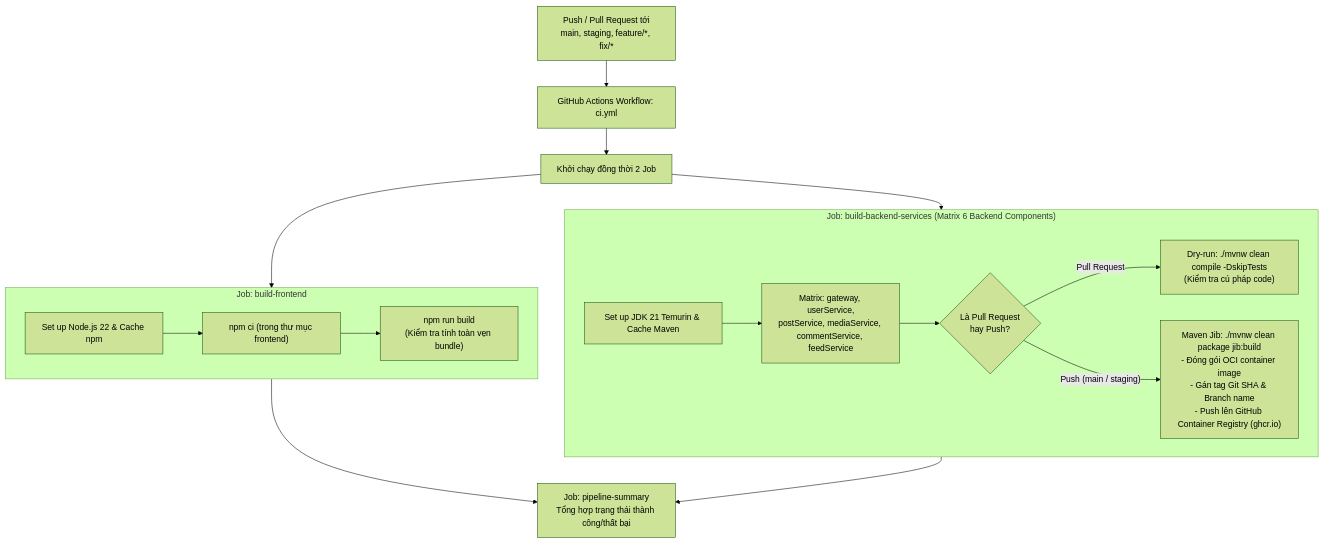
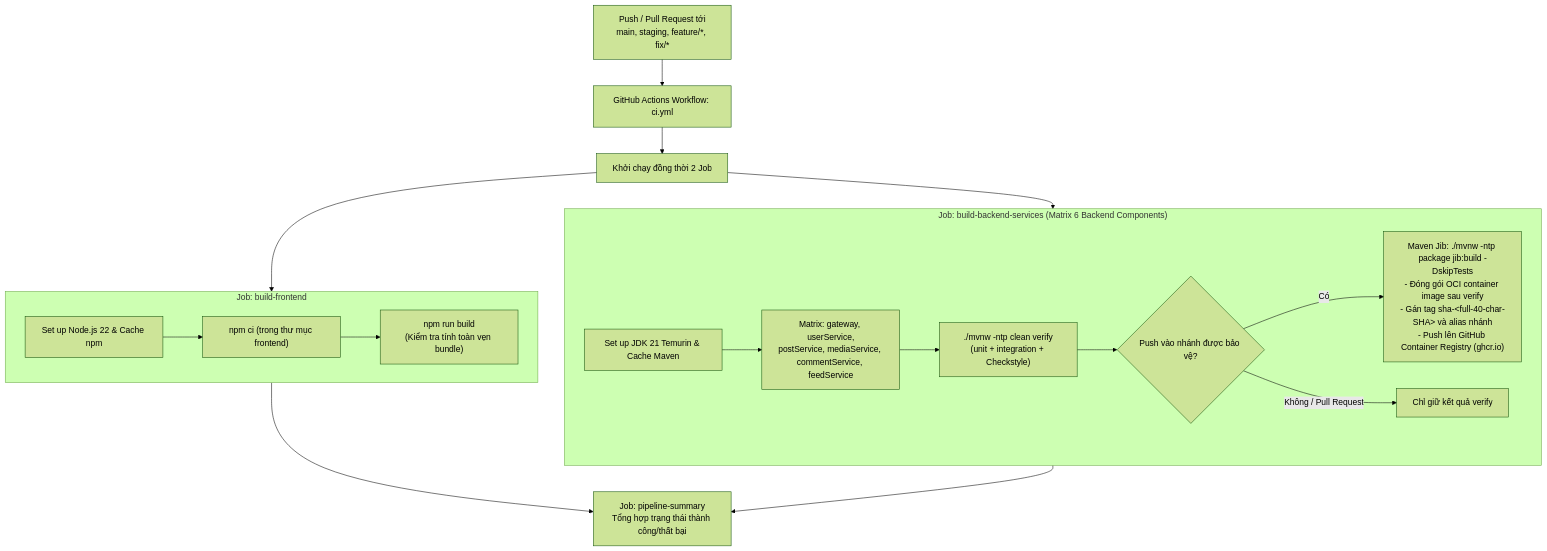
The diagram in docs/06-deployment/ci-cd.md (MinhElly/fakebook), drawn with Mermaid (forest theme) before and after one commit. The commit also changed other lines of this file and 19 other files, not shown here.

````diff
--- a/docs/06-deployment/ci-cd.md
+++ b/docs/06-deployment/ci-cd.md
@@ -9,27 +9,26 @@
 ```mermaid
 flowchart TD
     Push["Push / Pull Request tới<br/>main, staging, feature/*, fix/*"] --> Trigger["GitHub Actions Workflow: ci.yml"]
     
     Trigger --> Parallel["Khởi chạy đồng thời 2 Job"]
     
     subgraph Job1["Job: build-frontend"]
         NodeSetup["Set up Node.js 22 & Cache npm"] --> NpmCI["npm ci (trong thư mục frontend)"]
         NpmCI --> BuildFE["npm run build<br/>(Kiểm tra tính toàn vẹn bundle)"]
     end
     
     subgraph Job2["Job: build-backend-services (Matrix 6 Backend Components)"]
         JDK["Set up JDK 21 Temurin & Cache Maven"] --> MatrixInit["Matrix: gateway, userService,<br/>postService, mediaService, commentService, feedService"]
         
-        MatrixInit --> CheckEvent{"Là Pull Request<br/>hay Push?"}
-        
-        CheckEvent -- "Pull Request" --> PRCompile["Dry-run: ./mvnw clean compile -DskipTests<br/>(Kiểm tra cú pháp code)"]
-        
-        CheckEvent -- "Push (main / staging)" --> JibBuild["Maven Jib: ./mvnw clean package jib:build<br/>- Đóng gói OCI container image<br/>- Gán tag Git SHA & Branch name<br/>- Push lên GitHub Container Registry (ghcr.io)"]
+        MatrixInit --> Verify["./mvnw -ntp clean verify<br/>(unit + integration + Checkstyle)"]
+        Verify --> CheckEvent{"Push vào nhánh được bảo vệ?"}
+        CheckEvent -- "Có" --> JibBuild["Maven Jib: ./mvnw -ntp package jib:build -DskipTests<br/>- Đóng gói OCI container image sau verify<br/>- Gán tag sha-&lt;full-40-char-SHA&gt; và alias nhánh<br/>- Push lên GitHub Container Registry (ghcr.io)"]
+        CheckEvent -- "Không / Pull Request" --> Verified["Chỉ giữ kết quả verify"]
     end
     
     Parallel --> Job1
     Parallel --> Job2
     
     Job1 --> Summary["Job: pipeline-summary<br/>Tổng hợp trạng thái thành công/thất bại"]
     Job2 --> Summary
 ```
````
